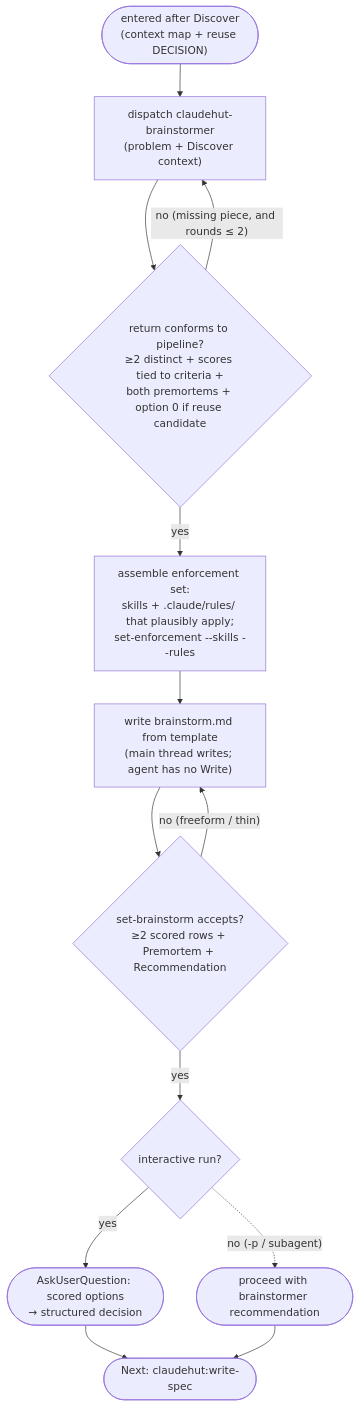
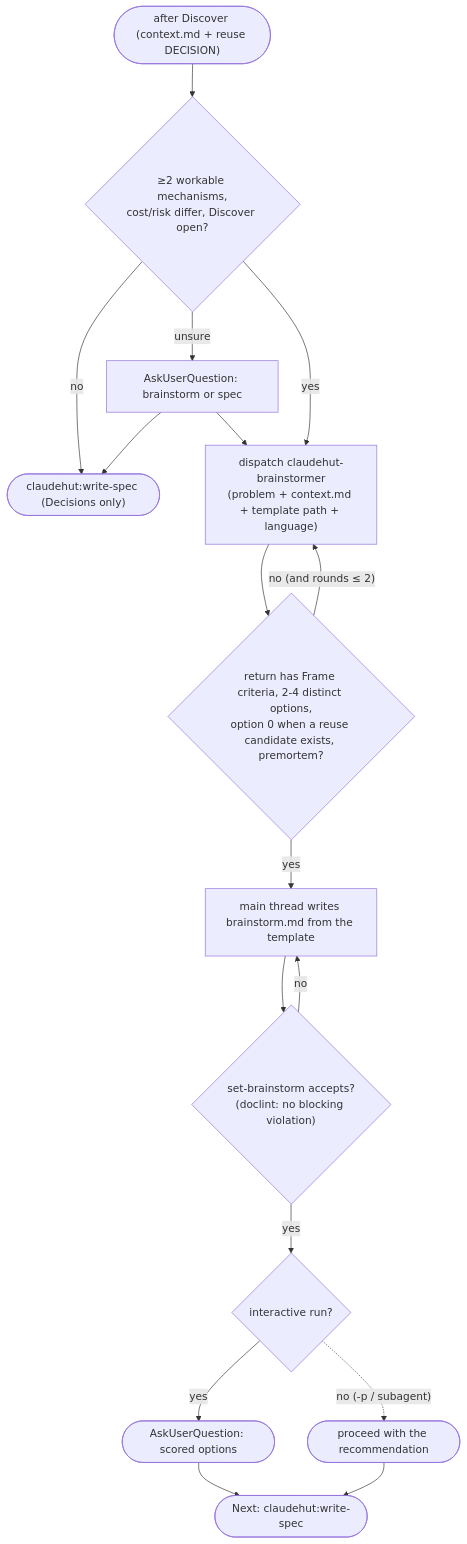
The diagram in skills/brainstorm/SKILL.md (taipt1504/claudehut), drawn with Mermaid before and after one commit. The commit also changed other lines of this file and 48 other files, not shown here.

````diff
--- a/skills/brainstorm/SKILL.md
+++ b/skills/brainstorm/SKILL.md
@@ -19,15 +18,19 @@
 ```mermaid
 flowchart TB
-    s(["entered after Discover<br/>(context map + reuse DECISION)"]) --> disp["dispatch claudehut-brainstormer<br/>(problem + Discover context)"]
-    disp --> val{"return conforms to pipeline?<br/>≥2 distinct + scores tied to criteria +<br/>both premortems + option 0 if reuse candidate"}
-    val -- "no (missing piece, and rounds ≤ 2)" --> disp
-    val -- "yes" --> enf["assemble enforcement set:<br/>skills + .claude/rules/ that plausibly apply;<br/>set-enforcement --skills --rules"]
-    enf --> write["write brainstorm.md from template<br/>(main thread writes; agent has no Write)"]
-    write --> gate{"set-brainstorm accepts?<br/>≥2 scored rows + Premortem + Recommendation"}
-    gate -- "no (freeform / thin)" --> write
+    s(["after Discover (context.md + reuse DECISION)"]) --> need{"≥2 workable mechanisms,<br/>cost/risk differ, Discover open?"}
+    need -- "no" --> spec(["claudehut:write-spec (Decisions only)"])
+    need -- "unsure" --> askq["AskUserQuestion: brainstorm or spec"]
+    askq --> spec
+    need -- "yes" --> disp["dispatch claudehut-brainstormer<br/>(problem + context.md + template path + language)"]
+    askq --> disp
+    disp --> val{"return has Frame criteria, 2-4 distinct options,<br/>option 0 when a reuse candidate exists, premortem?"}
+    val -- "no (and rounds ≤ 2)" --> disp
+    val -- "yes" --> write["main thread writes brainstorm.md from the template"]
+    write --> gate{"set-brainstorm accepts?<br/>(doclint: no blocking violation)"}
+    gate -- "no" --> write
     gate -- "yes" --> mode{"interactive run?"}
-    mode -- "yes" --> ask(["AskUserQuestion: scored options<br/>→ structured decision"])
-    mode -. "no (-p / subagent)" .-> auto(["proceed with brainstormer recommendation"])
+    mode -- "yes" --> ask(["AskUserQuestion: scored options"])
+    mode -. "no (-p / subagent)" .-> auto(["proceed with the recommendation"])
     ask --> nxt(["Next: claudehut:write-spec"])
     auto --> nxt
 ```
````
